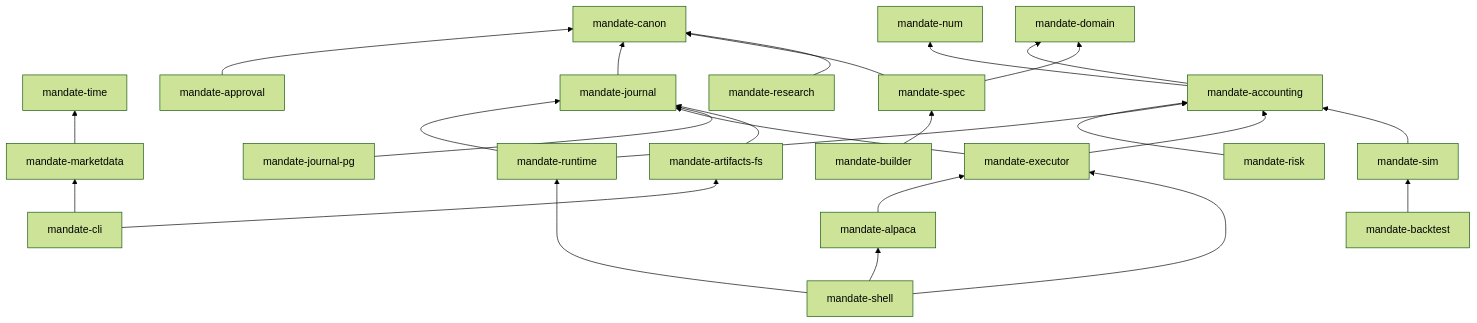
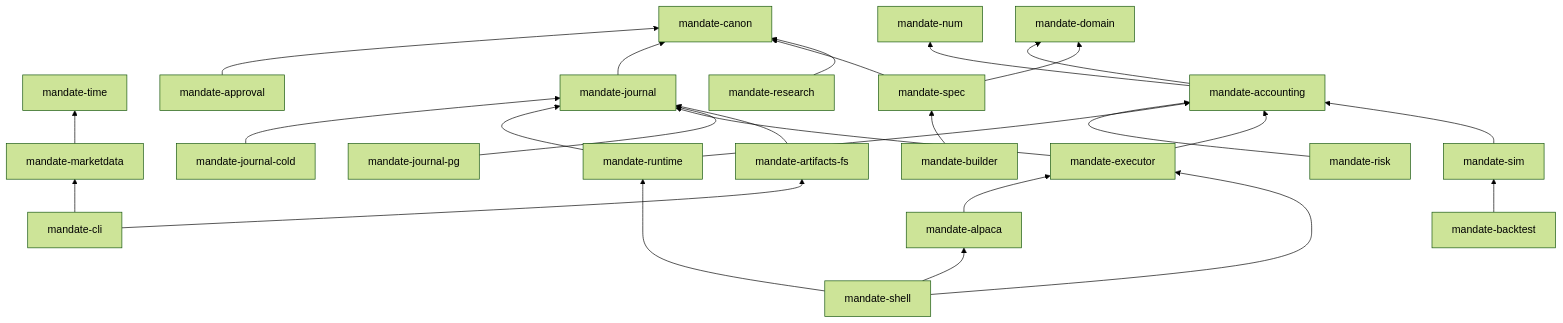
Before and after one commit to kunwarshivam/mandate: the second of 2 diagrams in README.md, drawn with Mermaid (forest theme). The commit also changed other lines of this file and 3 other files, not shown here.

````diff
--- a/README.md
+++ b/README.md
@@ -142,31 +146,32 @@
 ```mermaid
 flowchart BT
     num[mandate-num]
     time[mandate-time]
     canon[mandate-canon]
     domain[mandate-domain]
     approval[mandate-approval] --> canon
     acct[mandate-accounting] --> num
     acct --> domain
     journal[mandate-journal] --> canon
+    cold[mandate-journal-cold] --> journal
     spec[mandate-spec] --> domain
     spec --> canon
     risk[mandate-risk] --> acct
     builder[mandate-builder] --> spec
     research[mandate-research] --> canon
     runtime[mandate-runtime] --> journal
     runtime --> acct
     executor[mandate-executor] --> journal
     executor --> acct
     sim[mandate-sim] --> acct
     md[mandate-marketdata] --> time
     pg[mandate-journal-pg] --> journal
     fs[mandate-artifacts-fs] --> journal
     bt[mandate-backtest] --> sim
     alpaca[mandate-alpaca] --> executor
     cli[mandate-cli] --> md
     cli --> fs
     shell[mandate-shell] --> runtime
     shell --> executor
     shell --> alpaca
 ```
````
